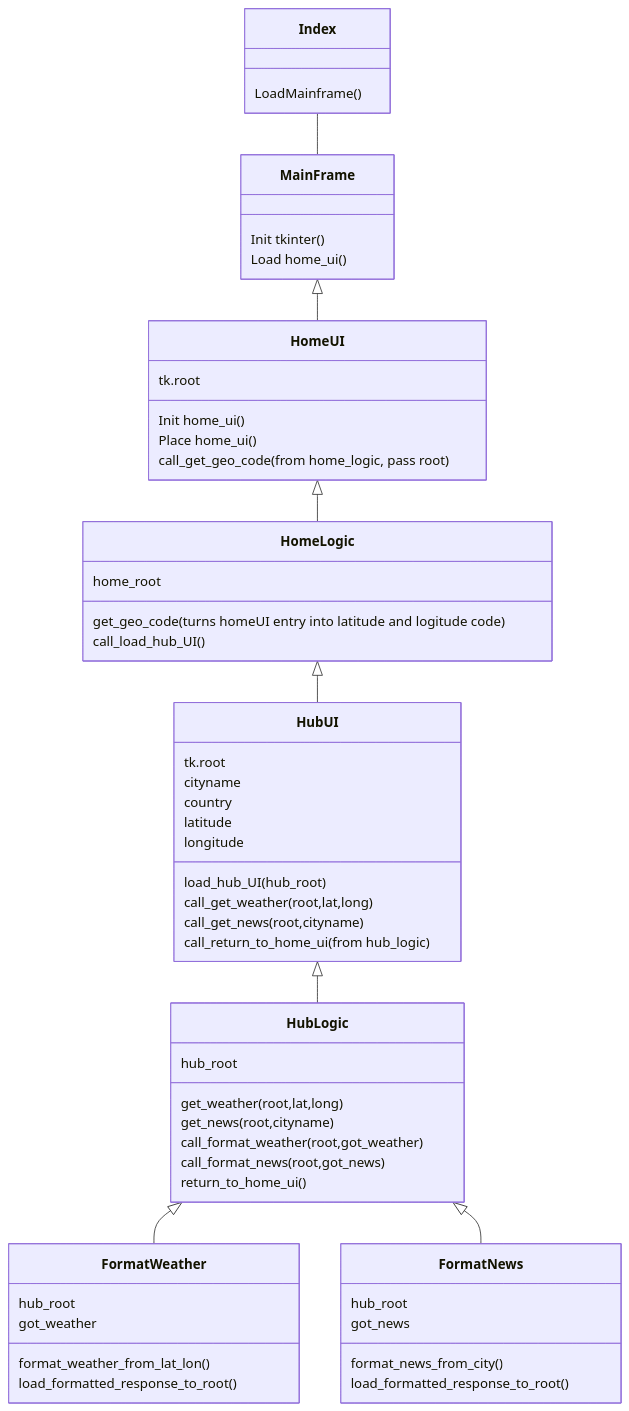
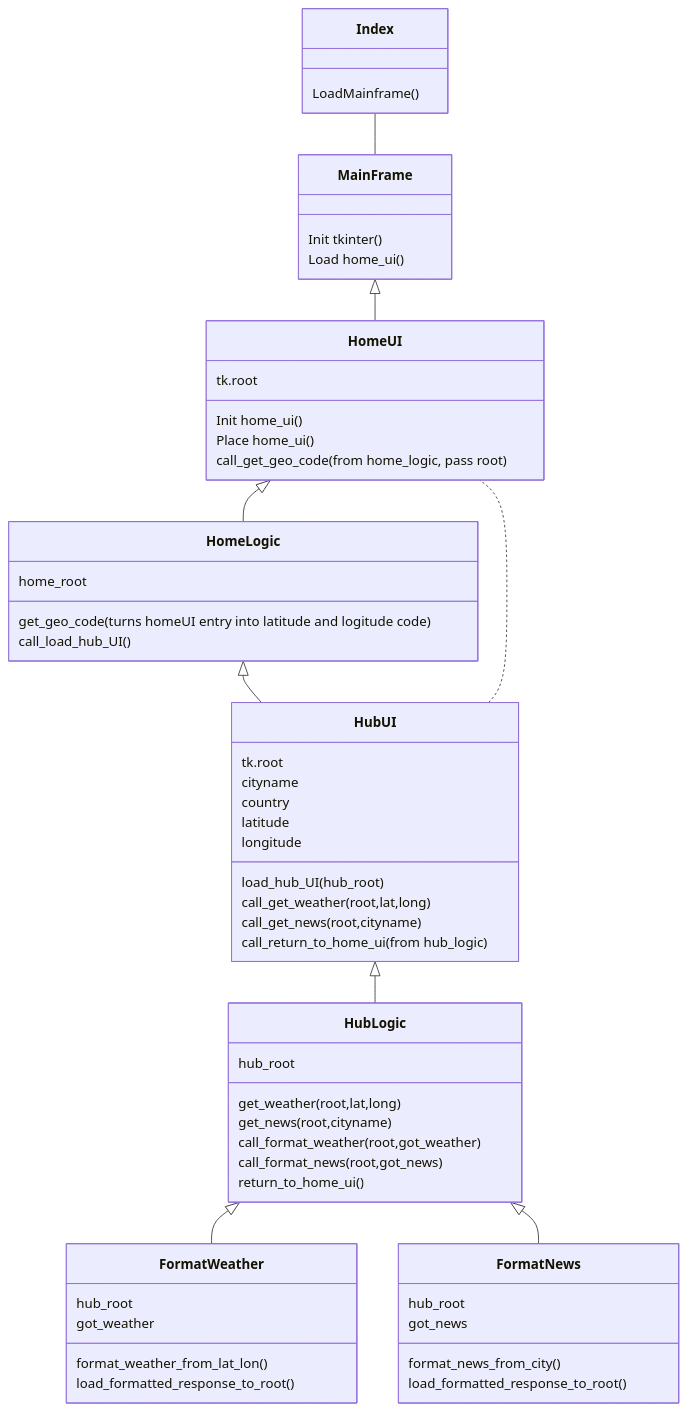
The diagram in dokumentaatio/arkkitehtuuri.md (kodtld/TravelHub), drawn with Mermaid before and after one commit.

Commit message:
Arkkitehtuuri päivitetty

````diff
--- a/dokumentaatio/arkkitehtuuri.md
+++ b/dokumentaatio/arkkitehtuuri.md
@@ -1,78 +1,79 @@
 ```mermaid
  classDiagram
       
       Index  -- MainFrame
       MainFrame <|-- HomeUI
       HomeUI <|-- HomeLogic
       HomeLogic <|-- HubUI
       HubUI <|-- HubLogic
+      HubUI ..	HomeUI
       HubLogic <|-- FormatWeather
       HubLogic <|-- FormatNews
 
        
       Index : LoadMainframe()
 
       class MainFrame{
   	  Init tkinter()
          Load home_ui()
          }
 
       class HomeUI{
            tk.root
   	  Init home_ui()
          Place home_ui()
          call_get_geo_code(from home_logic, pass root)
          }
 
       class HomeLogic{
            home_root
   	     get_geo_code(turns homeUI entry into latitude and logitude code)
             call_load_hub_UI()
           
          }
 
       class HubUI{
            tk.root
            cityname
            country
            latitude
            longitude
 
   	     load_hub_UI(hub_root)
             call_get_weather(root,lat,long)
             call_get_news(root,cityname)
             call_return_to_home_ui(from hub_logic)
           
          }
 
       class HubLogic{
            hub_root
 
           get_weather(root,lat,long)
   	     get_news(root,cityname)
             
             call_format_weather(root,got_weather)
             call_format_news(root,got_news)
             return_to_home_ui()
           
          }
 
       class FormatWeather{
            hub_root
            got_weather
 
           format_weather_from_lat_lon()
           load_formatted_response_to_root()
           
          }
 
       class FormatNews{
            hub_root
            got_news
 
           format_news_from_city()
           load_formatted_response_to_root()
           
          }
 
 ```
````
